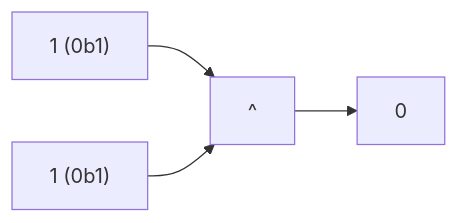
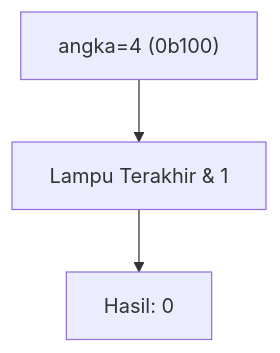
The tenth of 25 diagrams in part-c-pemahaman-cpp/06-bitwise/latihan/set-05.md (amnahwaida/OSNK_INF_PREP), drawn with Mermaid before and after one commit. The commit also changed other lines of this file and 71 other files, not shown here.

````diff
--- a/part-c-pemahaman-cpp/06-bitwise/latihan/set-05.md
+++ b/part-c-pemahaman-cpp/06-bitwise/latihan/set-05.md
@@ -261,6 +265,5 @@
 ```mermaid
-graph LR
-A["1 (0b1)"] --> C["^"]
-B["1 (0b1)"] --> C
-C --> D["0"]
+graph TD
+A["angka=4 (0b100)"] --> B["Lampu Terakhir & 1"]
+B --> C["Hasil: 0"]
 ```
````
